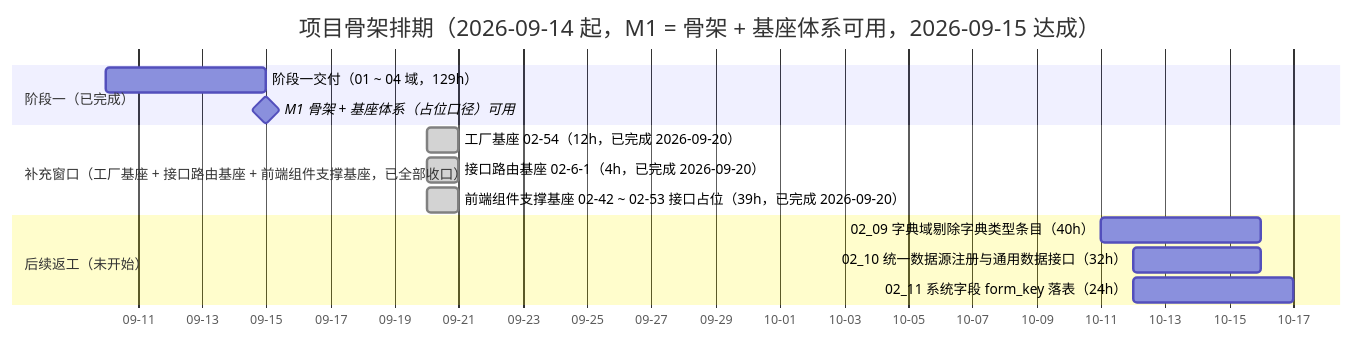
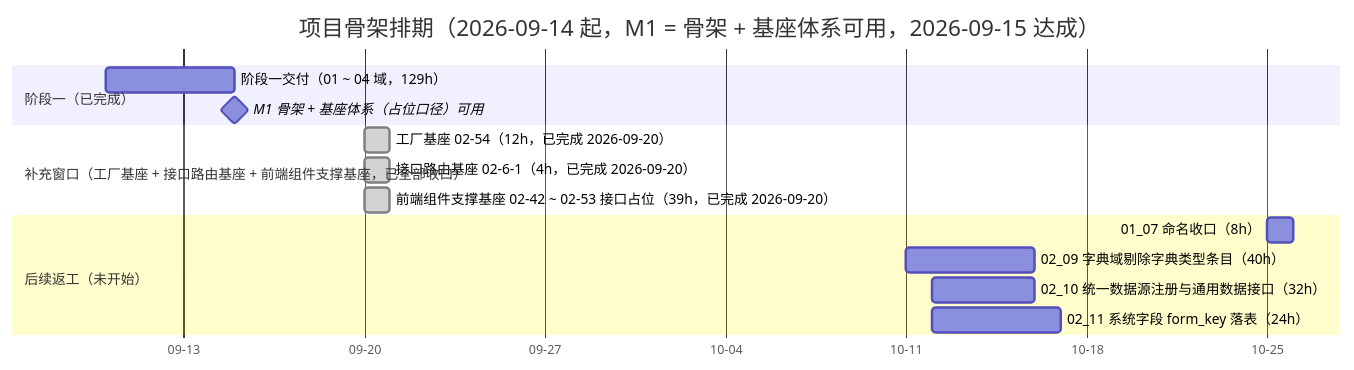
The diagram in bms文档/项目/01_项目骨架/计划/01_计划_项目骨架.md (minjian123/basic-management-system), drawn with Mermaid before and after one commit. The commit also changed other lines of this file and 919 other files, not shown here.

````diff
--- a/bms文档/项目/01_项目骨架/计划/01_计划_项目骨架.md
+++ b/bms文档/项目/01_项目骨架/计划/01_计划_项目骨架.md
@@ -149,17 +149,18 @@
 ```mermaid
 gantt
     title 项目骨架排期（2026-09-14 起，M1 = 骨架 + 基座体系可用，2026-09-15 达成）
     dateFormat  YYYY-MM-DD
     axisFormat %m-%d
     section 阶段一（已完成）
     阶段一交付（01 ~ 04 域，129h） :done1, 2026-09-10, 2026-09-15
     M1 骨架 + 基座体系（占位口径）可用 :milestone, m1, 2026-09-15, 0d
     section 补充窗口（工厂基座 + 接口路由基座 + 前端组件支撑基座，已全部收口）
     工厂基座 02-54（12h，已完成 2026-09-20） :done, fac, 2026-09-20, 1d
     接口路由基座 02-6-1（4h，已完成 2026-09-20） :done, route, 2026-09-20, 1d
     前端组件支撑基座 02-42 ~ 02-53 接口占位（39h，已完成 2026-09-20） :done, supp, 2026-09-20, 1d
     section 后续返工（未开始）
+    01_07 命名收口（8h） :d0107, 2026-10-25, 2026-10-26
     02_09 字典域剔除字典类型条目（40h） :d09, 2026-10-11, 2026-10-16
     02_10 统一数据源注册与通用数据接口（32h） :d10, 2026-10-12, 2026-10-16
     02_11 系统字段 form_key 落表（24h） :d11, 2026-10-12, 2026-10-17
 ```
````
